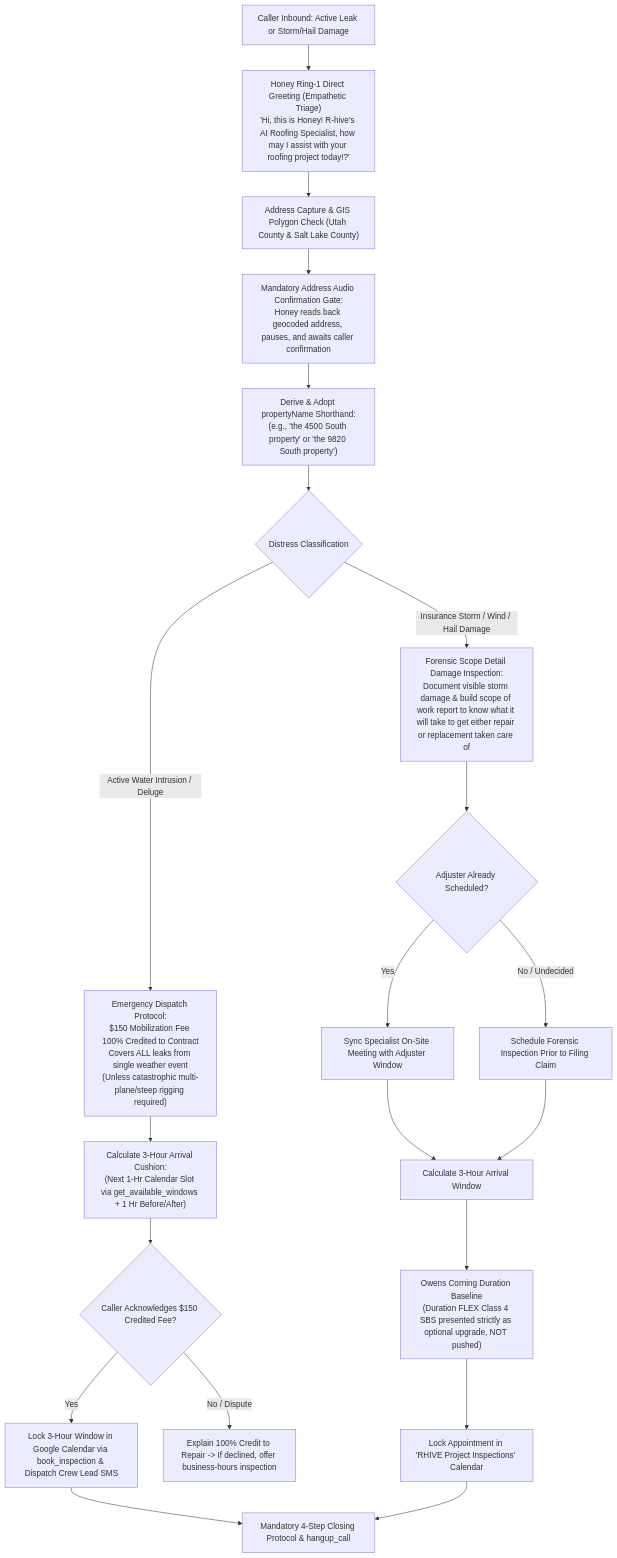
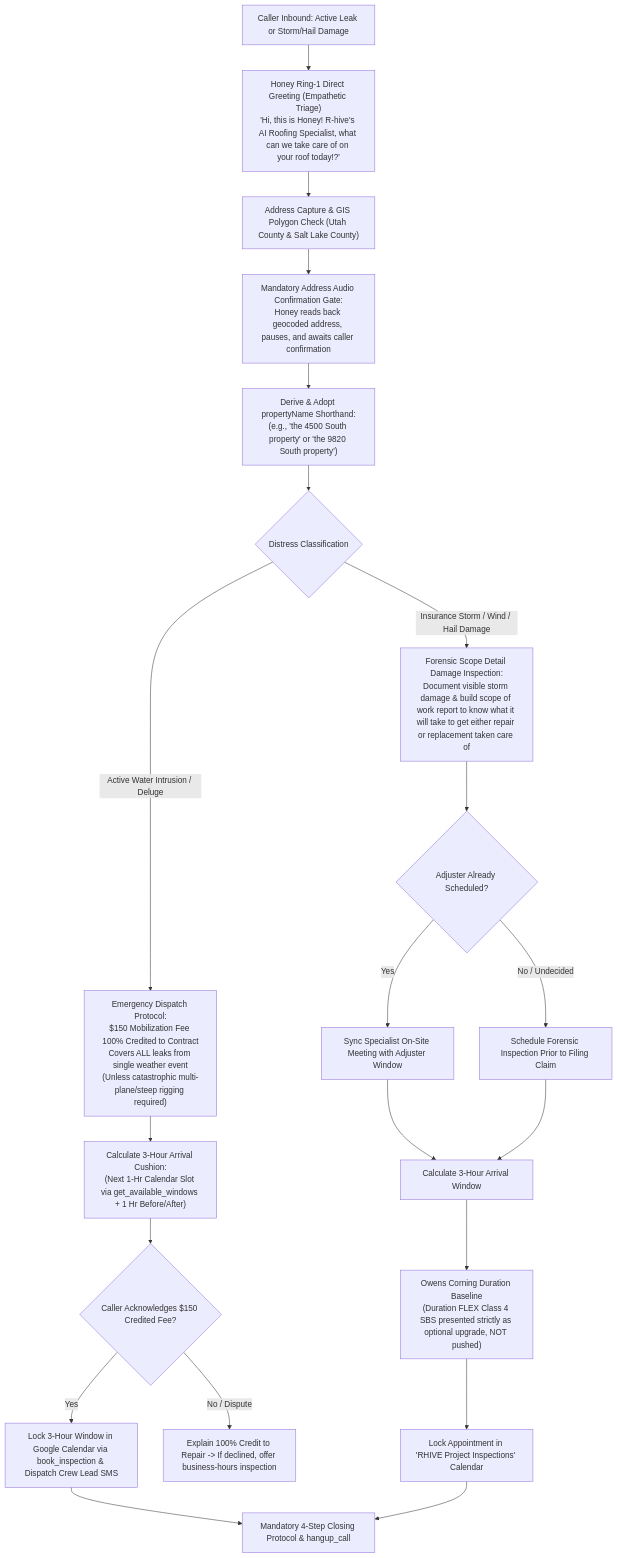
The diagram in docs/flow_emergency_leaks_insurance_storm.md (RHIVE-Construction/RHIVE-Telephony), drawn with Mermaid before and after one commit. The commit also changed other lines of this file and 7 other files, not shown here.

Commit message:
feat(telephony): Rev 68 voice engine restore (gemini-3.1-flash-live-preview), relaxed human breathing cadence, purge 'assist' greeting, and executive passkey auth gate

````diff
--- a/docs/flow_emergency_leaks_insurance_storm.md
+++ b/docs/flow_emergency_leaks_insurance_storm.md
@@ -16,28 +16,28 @@
 ```mermaid
 flowchart TD
-    Inbound["Caller Inbound: Active Leak or Storm/Hail Damage"] --> HoneyGreet["Honey Ring-1 Direct Greeting (Empathetic Triage)<br/>'Hi, this is Honey! R-hive's AI Roofing Specialist, how may I assist with your roofing project today!?'"]
+    Inbound["Caller Inbound: Active Leak or Storm/Hail Damage"] --> HoneyGreet["Honey Ring-1 Direct Greeting (Empathetic Triage)<br/>'Hi, this is Honey! R-hive's AI Roofing Specialist, what can we take care of on your roof today!?'"]
     HoneyGreet --> AddressCapture["Address Capture & GIS Polygon Check (Utah County & Salt Lake County)"]
     
     AddressCapture --> AddressGate["Mandatory Address Audio Confirmation Gate:<br/>Honey reads back geocoded address, pauses, and awaits caller confirmation"]
     
     AddressGate --> DeriveShorthand["Derive & Adopt propertyName Shorthand:<br/>(e.g., 'the 4500 South property' or 'the 9820 South property')"]
     
     DeriveShorthand --> TriageBranch{"Distress Classification"}
     
     TriageBranch -->|"Active Water Intrusion / Deluge"| EmergencyTarp["Emergency Dispatch Protocol:<br/>$150 Mobilization Fee 100% Credited to Contract<br/>Covers ALL leaks from single weather event<br/>(Unless catastrophic multi-plane/steep rigging required)"]
     EmergencyTarp --> CalcWindow["Calculate 3-Hour Arrival Cushion:<br/>(Next 1-Hr Calendar Slot via get_available_windows + 1 Hr Before/After)"]
     CalcWindow --> FeeAck{"Caller Acknowledges $150 Credited Fee?"}
     FeeAck -->|"Yes"| BookTarp["Lock 3-Hour Window in Google Calendar via book_inspection & Dispatch Crew Lead SMS"]
     BookTarp --> ClosingProtocol["Mandatory 4-Step Closing Protocol & hangup_call"]
     FeeAck -->|"No / Dispute"| FallbackExplain["Explain 100% Credit to Repair -> If declined, offer business-hours inspection"]
     
     TriageBranch -->|"Insurance Storm / Wind / Hail Damage"| ForensicAudit["Forensic Scope Detail Damage Inspection:<br/>Document visible storm damage & build scope of work report to know what it will take to get either repair or replacement taken care of"]
     ForensicAudit --> AdjusterTime{"Adjuster Already Scheduled?"}
     AdjusterTime -->|"Yes"| MatchAdjuster["Sync Specialist On-Site Meeting with Adjuster Window"]
     AdjusterTime -->|"No / Undecided"| PreClaimAudit["Schedule Forensic Inspection Prior to Filing Claim"]
     MatchAdjuster --> CalcWindowIns["Calculate 3-Hour Arrival Window"]
     PreClaimAudit --> CalcWindowIns
     CalcWindowIns --> ProductStance["Owens Corning Duration Baseline<br/>(Duration FLEX Class 4 SBS presented strictly as optional upgrade, NOT pushed)"]
     ProductStance --> BookIns["Lock Appointment in 'RHIVE Project Inspections' Calendar"]
     BookIns --> ClosingProtocol
 ```
````
